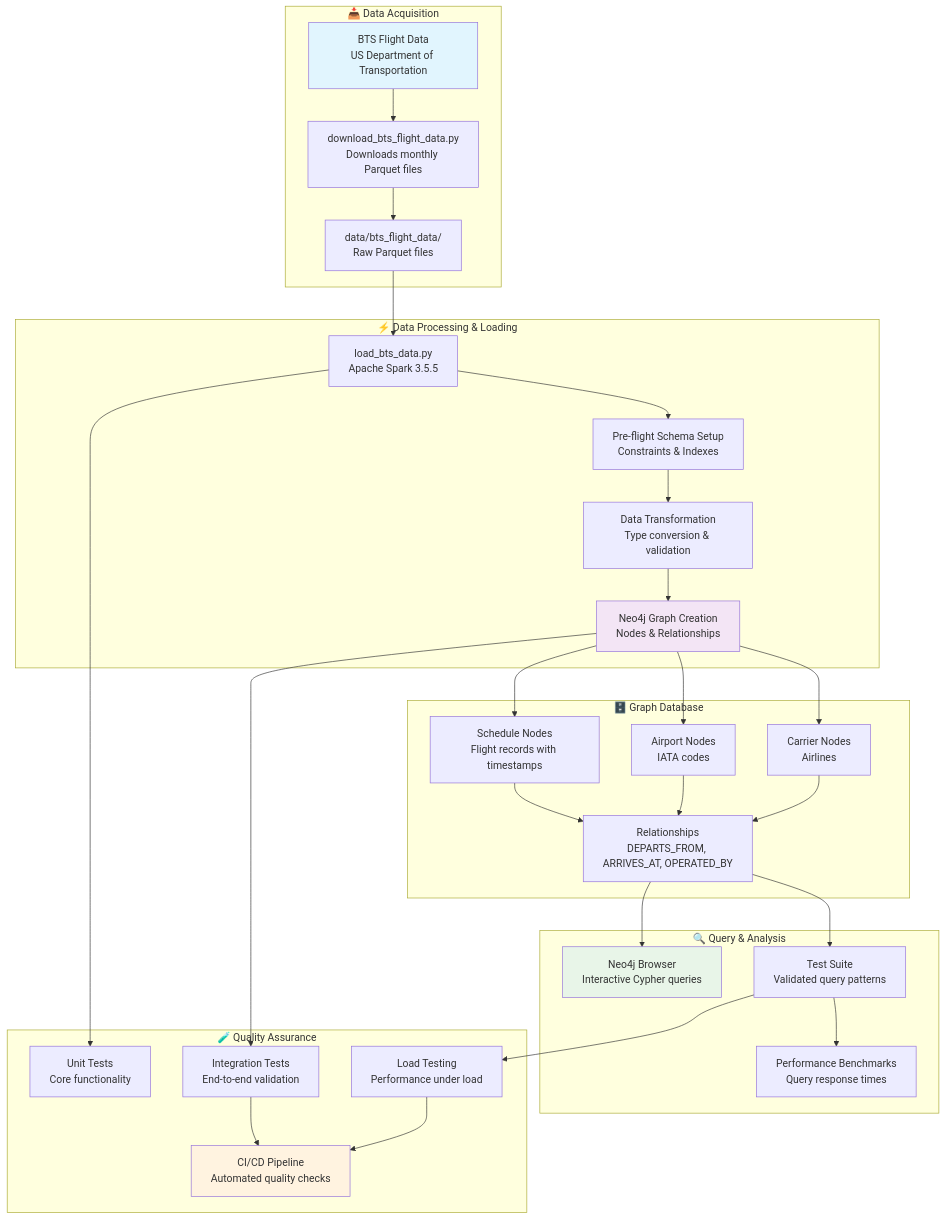
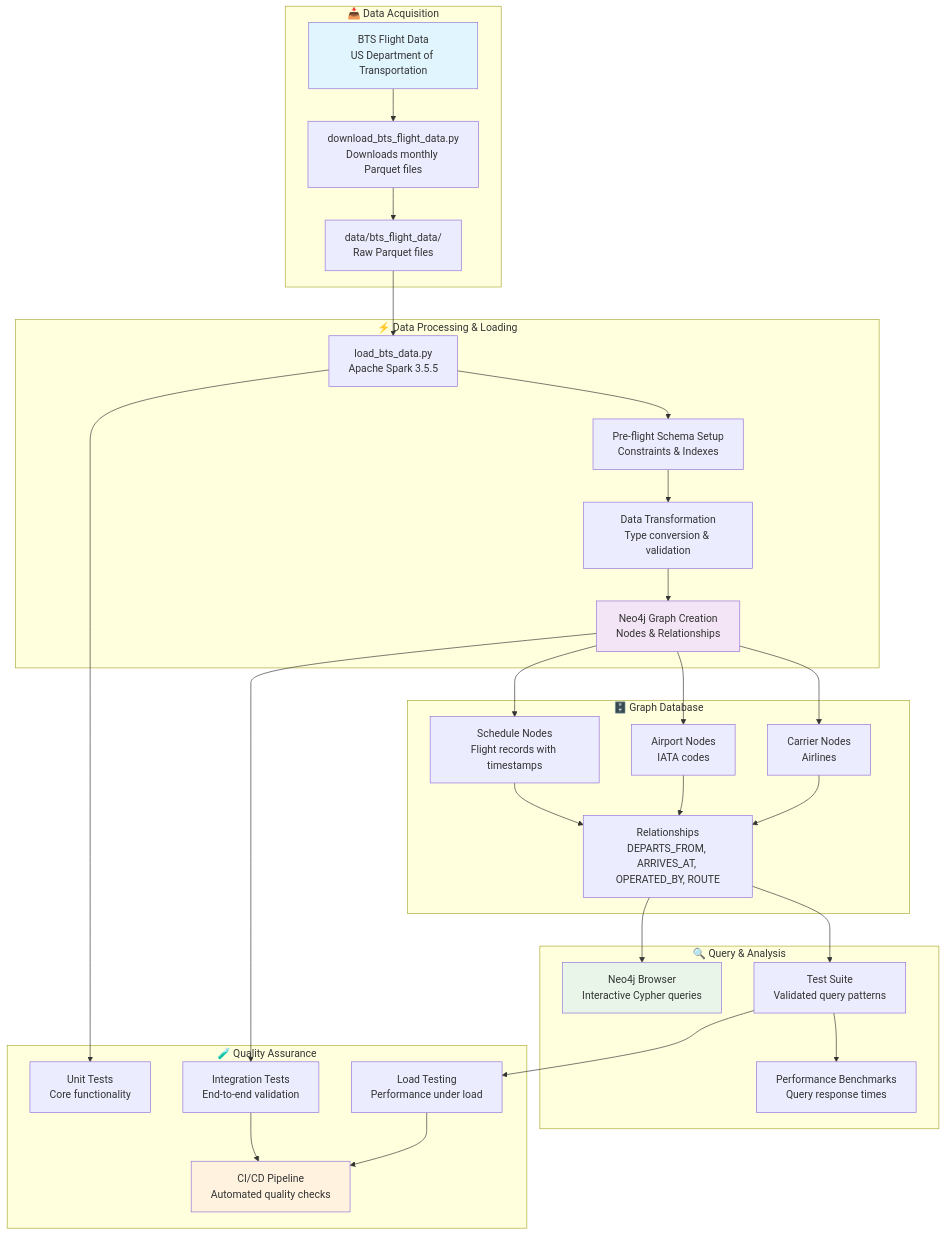
Before and after one commit to alexwoolford/flight-schedule: the diagram in README.md, drawn with Mermaid. The commit also changed other lines of this file and 3 other files, not shown here.

````diff
--- a/README.md
+++ b/README.md
@@ -473,61 +511,61 @@
 ```mermaid
 graph TB
     subgraph "📥 Data Acquisition"
         A[BTS Flight Data<br/>US Department of Transportation]
         B[download_bts_flight_data.py<br/>Downloads monthly Parquet files]
         C[data/bts_flight_data/<br/>Raw Parquet files]
     end
 
     subgraph "⚡ Data Processing & Loading"
         D[load_bts_data.py<br/>Apache Spark 3.5.5]
         E[Pre-flight Schema Setup<br/>Constraints & Indexes]
         F[Data Transformation<br/>Type conversion & validation]
         G[Neo4j Graph Creation<br/>Nodes & Relationships]
     end
 
     subgraph "🗄️ Graph Database"
         H[Schedule Nodes<br/>Flight records with timestamps]
         I[Airport Nodes<br/>IATA codes]
         J[Carrier Nodes<br/>Airlines]
-        K[Relationships<br/>DEPARTS_FROM, ARRIVES_AT, OPERATED_BY]
+        K[Relationships<br/>DEPARTS_FROM, ARRIVES_AT, OPERATED_BY, ROUTE]
     end
 
     subgraph "🔍 Query & Analysis"
         L[Neo4j Browser<br/>Interactive Cypher queries]
         M[Test Suite<br/>Validated query patterns]
         N[Performance Benchmarks<br/>Query response times]
     end
 
     subgraph "🧪 Quality Assurance"
         O[Unit Tests<br/>Core functionality]
         P[Integration Tests<br/>End-to-end validation]
         R[Load Testing<br/>Performance under load]
         Q[CI/CD Pipeline<br/>Automated quality checks]
     end
 
     A --> B
     B --> C
     C --> D
     D --> E
     E --> F
     F --> G
     G --> H
     G --> I
     G --> J
     H --> K
     I --> K
     J --> K
     K --> L
     K --> M
     M --> N
     D --> O
     G --> P
     M --> R
     P --> Q
     R --> Q
 
     style A fill:#e1f5fe
     style G fill:#f3e5f5
     style L fill:#e8f5e8
     style Q fill:#fff3e0
 ```
````
